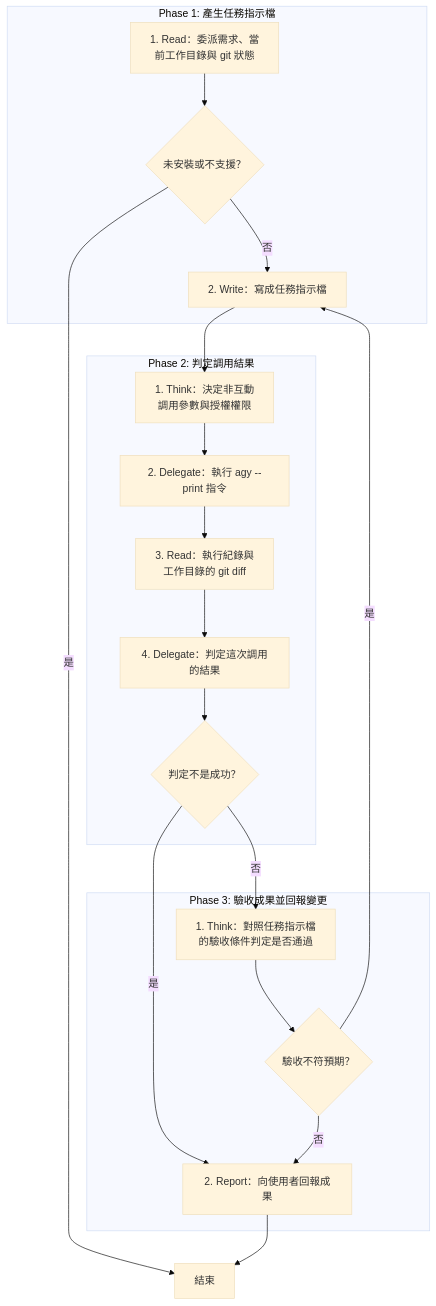
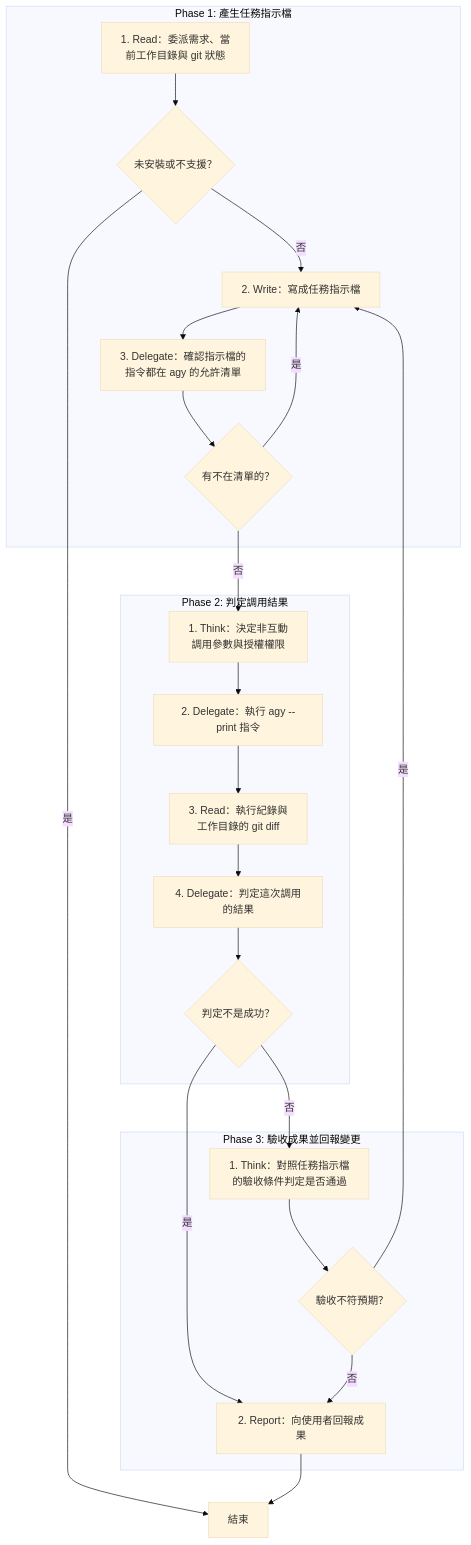
Before and after one commit to AI-x-BDD/BDGG-Dev-Skills: the diagram in .agents/skills/invoke-agy/SKILL.md, drawn with Mermaid (base theme). The commit also changed other lines of this file and 15 other files, not shown here.

````diff
--- a/.agents/skills/invoke-agy/SKILL.md
+++ b/.agents/skills/invoke-agy/SKILL.md
@@ -25,35 +26,40 @@
 ```mermaid
 flowchart TD
     subgraph P1["Phase 1: 產生任務指示檔"]
         P1S1["1. Read：委派需求、當<br/>前工作目錄與 git 狀態"]
         G_P1S1_1{"未安裝或不支援？"}
         P1S2["2. Write：寫成任務指示檔"]
+        P1S3["3. Delegate：確認指示檔的<br/>指令都在 agy 的允許清單"]
+        G_P1S3_1{"有不在清單的？"}
     end
     subgraph P2["Phase 2: 判定調用結果"]
         P2S1["1. Think：決定非互動<br/>調用參數與授權權限"]
         P2S2["2. Delegate：執行 agy --print 指令"]
         P2S3["3. Read：執行紀錄與<br/>工作目錄的 git diff"]
         P2S4["4. Delegate：判定這次調用的結果"]
         G_P2S4_1{"判定不是成功？"}
     end
     subgraph P3["Phase 3: 驗收成果並回報變更"]
         P3S1["1. Think：對照任務指示檔<br/>的驗收條件判定是否通過"]
         G_P3S1_1{"驗收不符預期？"}
         P3S2["2. Report：向使用者回報成果"]
     end
     End["結束"]
     P1S1 --> G_P1S1_1
     G_P1S1_1 -->|是| End
     G_P1S1_1 -->|否| P1S2
-    P1S2 --> P2S1
+    P1S2 --> P1S3
+    P1S3 --> G_P1S3_1
+    G_P1S3_1 -->|是| P1S2
+    G_P1S3_1 -->|否| P2S1
     P2S1 --> P2S2
     P2S2 --> P2S3
     P2S3 --> P2S4
     P2S4 --> G_P2S4_1
     G_P2S4_1 -->|是| P3S2
     G_P2S4_1 -->|否| P3S1
     P3S1 --> G_P3S1_1
     G_P3S1_1 -->|是| P1S2
     G_P3S1_1 -->|否| P3S2
     P3S2 --> End
 ```
````
